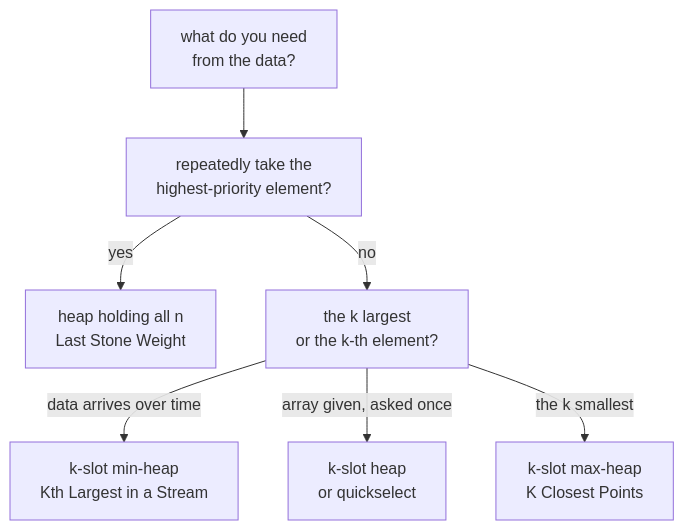
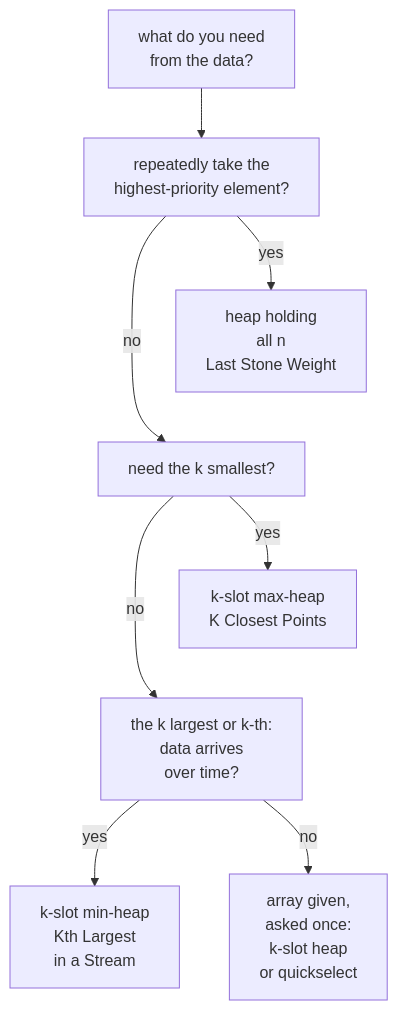
The diagram in content/en/posts/2026-11-23-neetcode-heap-top-k.md (duongbui234/software-engineering-atlas), drawn with Mermaid before and after one commit. The commit also changed 134 other files, not shown here.

First line of the commit message:
Fit every Mermaid diagram at 390px without sideways scroll (#56)

````diff
--- a/content/en/posts/2026-11-23-neetcode-heap-top-k.md
+++ b/content/en/posts/2026-11-23-neetcode-heap-top-k.md
@@ -51,9 +51,12 @@
 ```mermaid
 flowchart TB
   A["what do you need<br/>from the data?"] --> B["repeatedly take the<br/>highest-priority element?"]
-  B -->|"yes"| C["heap holding all n<br/>Last Stone Weight"]
-  B -->|"no"| D["the k largest<br/>or the k-th element?"]
-  D -->|"data arrives over time"| E["k-slot min-heap<br/>Kth Largest in a Stream"]
-  D -->|"array given, asked once"| F["k-slot heap<br/>or quickselect"]
-  D -->|"the k smallest"| G["k-slot max-heap<br/>K Closest Points"]
+  B -->|"yes"| C["heap holding<br/>all n<br/>Last Stone Weight"]
+  B -->|"no"| D["need the k smallest?"]
+  D -->|"yes"| G["k-slot max-heap<br/>K Closest Points"]
+  D -->|"no"| D2["the k largest or k-th:<br/>data arrives<br/>over time?"]
+  D2 -->|"yes"| E["k-slot min-heap<br/>Kth Largest<br/>in a Stream"]
+  D2 -->|"no"| F["array given,<br/>asked once:<br/>k-slot heap<br/>or quickselect"]
+  C ~~~ D
+  G ~~~ D2
 ```
````
